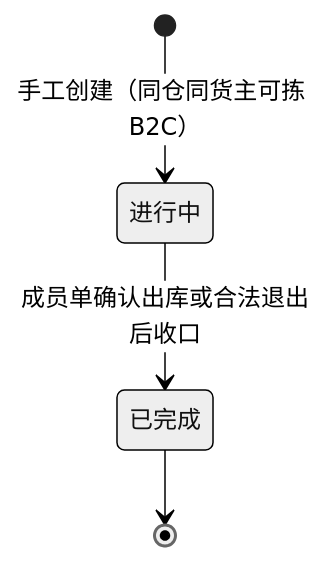
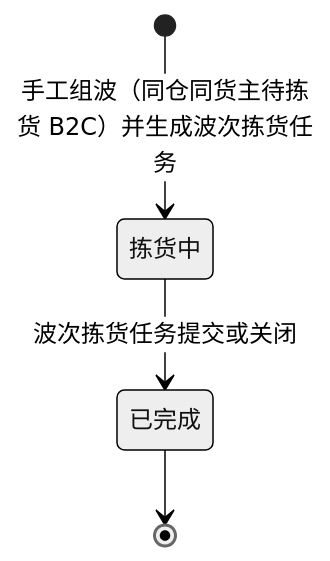
One commit to TopVitamin/QS-WMS-Project changed the fifth of 5 diagrams in 05-应用设计方案/20261002-MVP版本/系统架构设计/03-单据与状态流转.md. Above: the diagram before and after it, drawn with Mermaid (neutral theme). The commit also changed other lines of this file and 174 other files, not shown here.

````diff
--- a/05-应用设计方案/20261002-MVP版本/系统架构设计/03-单据与状态流转.md
+++ b/05-应用设计方案/20261002-MVP版本/系统架构设计/03-单据与状态流转.md
@@ -186,6 +193,6 @@
 ```mermaid
 stateDiagram-v2
-    [*] --> 进行中: 手工创建（同仓同货主可拣 B2C）
-    进行中 --> 已完成: 成员单确认出库或合法退出后收口
+    [*] --> 拣货中: 手工组波（同仓同货主待拣货 B2C）并生成波次拣货任务
+    拣货中 --> 已完成: 波次拣货任务提交或关闭
     已完成 --> [*]
 ```
````
